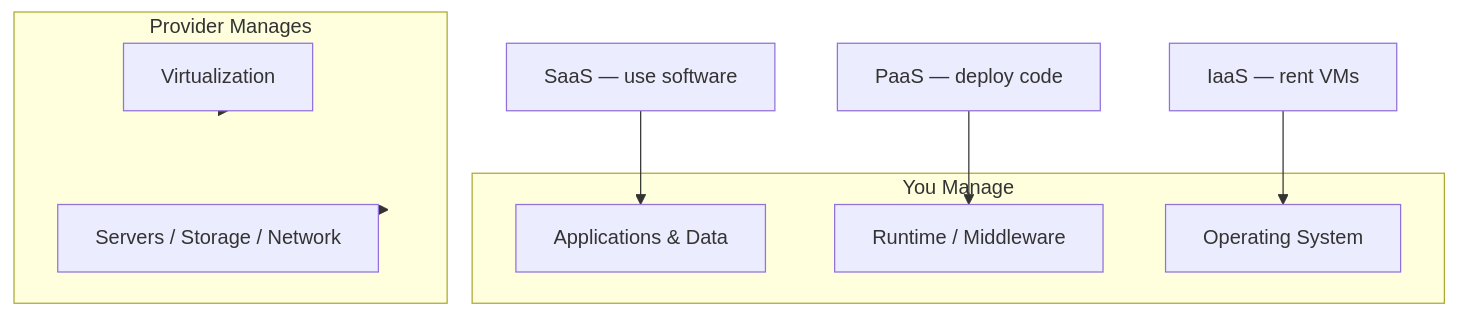
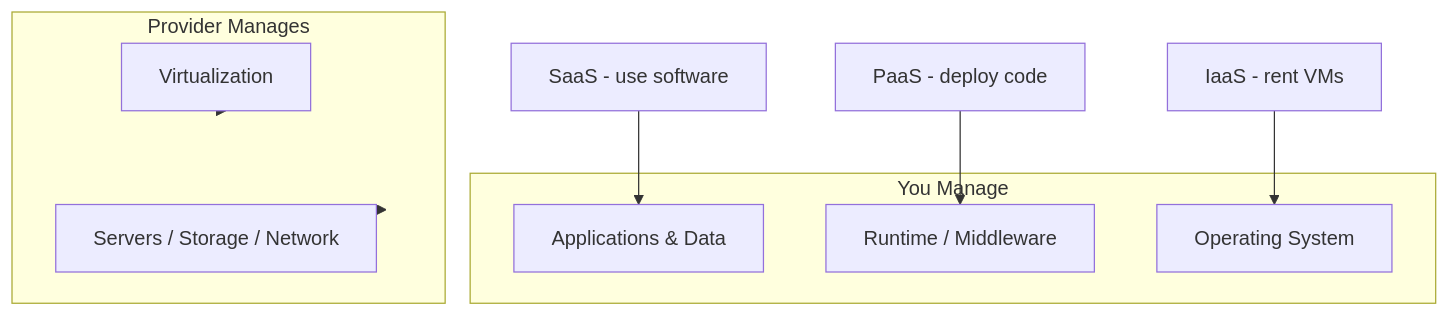
One commit to hareramcse/SystemDesign changed the second of 37 diagrams in 11-cloud-and-kubernetes/README.md. Above: the diagram before and after it, drawn with Mermaid. The commit also changed other lines of this file and 16 other files, not shown here.

````diff
--- a/11-cloud-and-kubernetes/README.md
+++ b/11-cloud-and-kubernetes/README.md
@@ -88,18 +92,18 @@
 ```mermaid
 flowchart TB
     subgraph YouManage["You Manage"]
         App[Applications & Data]
         Runtime[Runtime / Middleware]
         OS[Operating System]
     end
 
     subgraph ProviderManage["Provider Manages"]
         Virt[Virtualization]
         Servers[Servers / Storage / Network]
     end
 
-    SaaS["SaaS — use software"] --> App
-    PaaS["PaaS — deploy code"] --> Runtime
-    IaaS["IaaS — rent VMs"] --> OS
+    SaaS["SaaS  -  use software"] --> App
+    PaaS["PaaS  -  deploy code"] --> Runtime
+    IaaS["IaaS  -  rent VMs"] --> OS
     Virt & Servers --> ProviderManage
 ```
````
